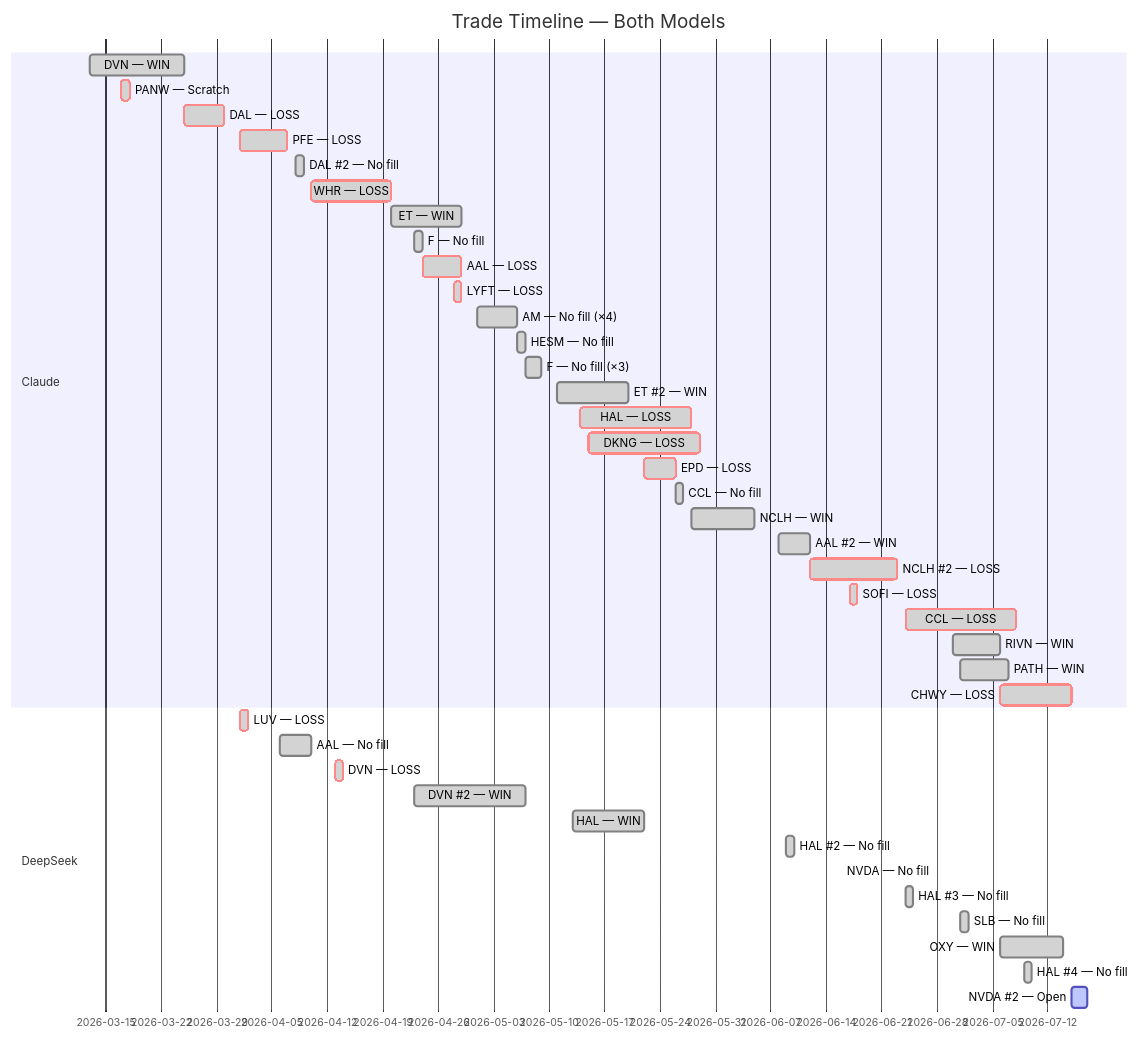
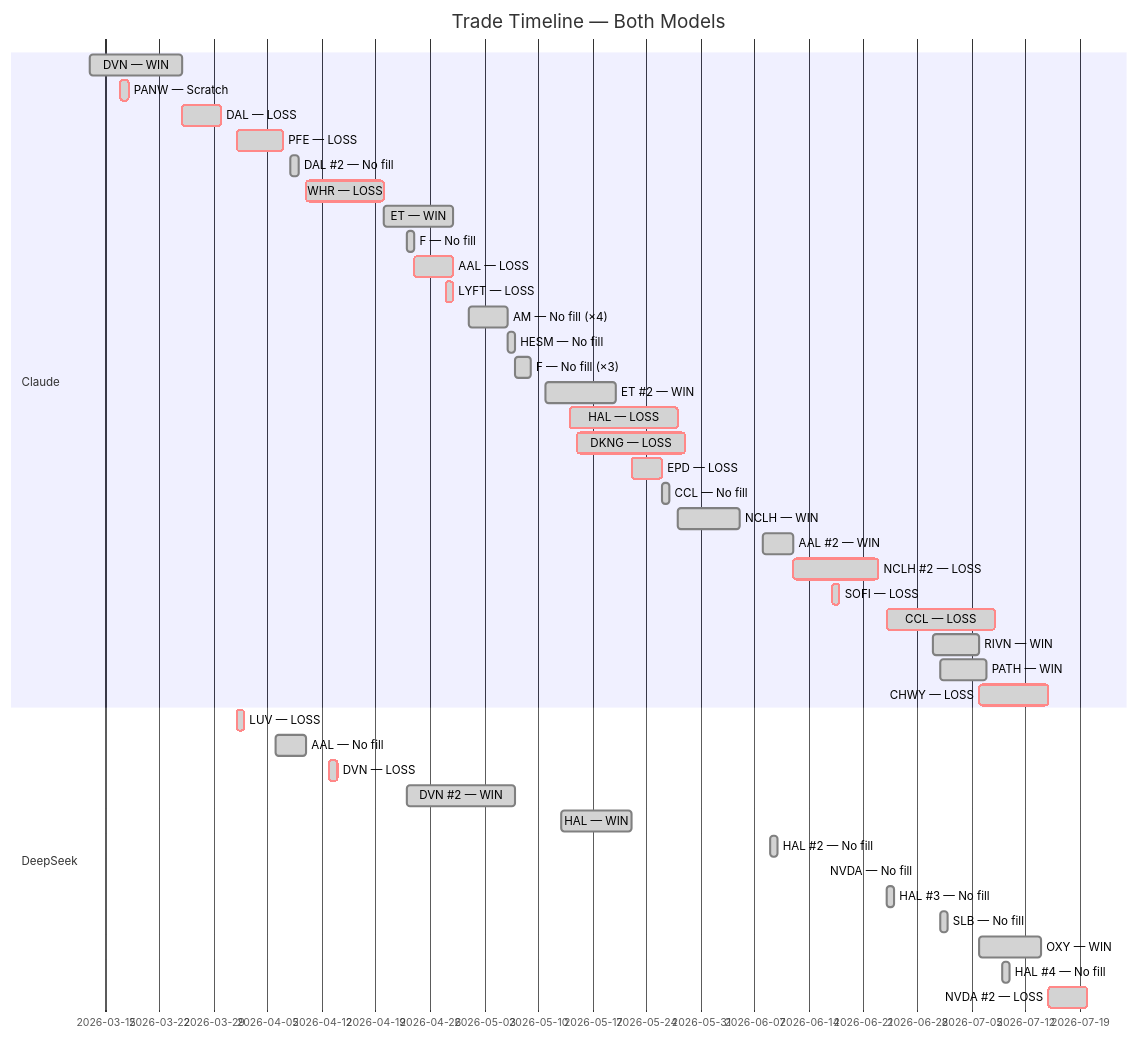
One commit to zachisit/ai-auto-buy-thesis changed the fifth of 5 diagrams in README.md. Above: the diagram before and after it, drawn with Mermaid. The commit also changed other lines of this file and 1 other file, not shown here.

Commit message:
Update README and add session log for 7/20 — NVDA stops hit at $202.00 for -$38.00, DeepSeek now 6 closed (2W/4L, +$26.98), 100% cash; no valid VSA setups

````diff
--- a/README.md
+++ b/README.md
@@ -63,45 +63,45 @@
 ```mermaid
 gantt
     title Trade Timeline — Both Models
     dateFormat YYYY-MM-DD
     section Claude
     DVN — WIN            :done,    2026-03-13, 2026-03-25
     PANW — Scratch       :crit, done, 2026-03-17, 2026-03-18
     DAL — LOSS           :crit, done, 2026-03-25, 2026-03-30
     PFE — LOSS           :crit, done, 2026-04-01, 2026-04-07
     DAL #2 — No fill     :done,    2026-04-08, 2026-04-09
     WHR — LOSS           :crit, done, 2026-04-10, 2026-04-20
     ET — WIN             :done,    2026-04-20, 2026-04-29
     F — No fill          :done,    2026-04-23, 2026-04-24
     AAL — LOSS           :crit, done, 2026-04-24, 2026-04-29
     LYFT — LOSS          :crit, done, 2026-04-28, 2026-04-29
     AM — No fill (×4)    :done,    2026-05-01, 2026-05-06
     HESM — No fill       :done,    2026-05-06, 2026-05-07
     F — No fill (×3)     :done,    2026-05-07, 2026-05-09
     ET #2 — WIN          :done,    2026-05-11, 2026-05-20
     HAL — LOSS           :crit, done, 2026-05-14, 2026-05-28
     DKNG — LOSS          :crit, done, 2026-05-15, 2026-05-29
     EPD — LOSS           :crit, done, 2026-05-22, 2026-05-26
     CCL — No fill        :done,    2026-05-26, 2026-05-27
     NCLH — WIN           :done,    2026-05-28, 2026-06-05
     AAL #2 — WIN         :done,    2026-06-08, 2026-06-12
     NCLH #2 — LOSS       :crit, done, 2026-06-12, 2026-06-23
     SOFI — LOSS          :crit, done, 2026-06-17, 2026-06-18
     CCL — LOSS           :crit, done, 2026-06-24, 2026-07-08
     RIVN — WIN           :done,    2026-06-30, 2026-07-06
     PATH — WIN           :done,    2026-07-01, 2026-07-07
     CHWY — LOSS          :crit, done, 2026-07-06, 2026-07-15
     section DeepSeek
     LUV — LOSS           :crit, done, 2026-04-01, 2026-04-02
     AAL — No fill        :done,    2026-04-06, 2026-04-10
     DVN — LOSS           :crit, done, 2026-04-13, 2026-04-14
     DVN #2 — WIN         :done,    2026-04-23, 2026-05-07
     HAL — WIN            :done,    2026-05-13, 2026-05-22
     HAL #2 — No fill    :done,    2026-06-09, 2026-06-10
     NVDA — No fill      :done,    2026-06-16, 2026-06-16
     HAL #3 — No fill    :done,    2026-06-24, 2026-06-25
     SLB — No fill        :done,    2026-07-01, 2026-07-02
     OXY — WIN            :done,    2026-07-06, 2026-07-14
     HAL #4 — No fill    :done,    2026-07-09, 2026-07-10
-    NVDA #2 — Open       :active,  2026-07-15, 2026-07-17
+    NVDA #2 — LOSS       :crit, done, 2026-07-15, 2026-07-20
 ```
````
